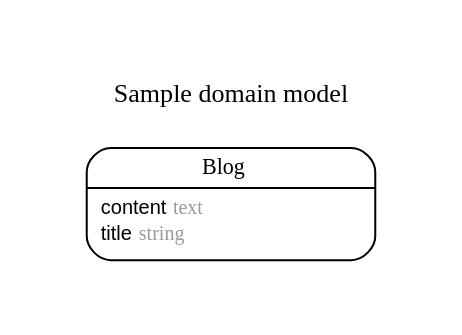
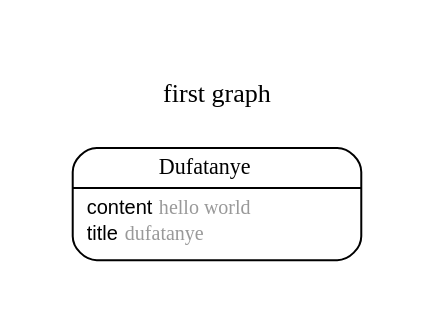
The diagram in erd.dot (dufatanye/angeduff), drawn with Graphviz before and after one commit. The commit also changed 7 other files, not shown here.

```diff
--- a/erd.dot
+++ b/erd.dot
@@ -1,25 +1,25 @@
 digraph Sample {
 rankdir = "LR";
 ranksep = "0.5";
 nodesep = "0.4";
 pad = "0.4,0.4";
 margin = "0,0";
 concentrate = "true";
 labelloc = "t";
 fontsize = "13";
 fontname = "Arial Bold";
 splines = "spline";
 node[ shape  =  "Mrecord" , fontsize  =  "10" , fontname  =  "Arial" , margin  =  "0.07,0.05" , penwidth  =  "1.0"];
 edge[ fontname  =  "Arial" , fontsize  =  "7" , dir  =  "both" , arrowsize  =  "0.9" , penwidth  =  "1.0" , labelangle  =  "32" , labeldistance  =  "1.8"];
 rankdir = "TB";
-label = "Sample domain model\n\n";
+label = "first graph\n\n";
 m_Blog [label = <{<table border="0" align="center" cellspacing="0.5" cellpadding="0" width="134">
-  <tr><td align="center" valign="bottom" width="130"><font face="Arial Bold" point-size="11">Blog</font></td></tr>
+  <tr><td align="center" valign="bottom" width="130"><font face="Arial Bold" point-size="11">Dufatanye</font></td></tr>
 </table>
 |
 <table border="0" align="left" cellspacing="2" cellpadding="0" width="134">
-  <tr><td align="left" width="130" port="content">content <font face="Arial Italic" color="grey60">text</font></td></tr>
-  <tr><td align="left" width="130" port="title">title <font face="Arial Italic" color="grey60">string</font></td></tr>
+  <tr><td align="left" width="130" port="content">content <font face="Arial Italic" color="grey60">hello world</font></td></tr>
+  <tr><td align="left" width="130" port="title">title <font face="Arial Italic" color="grey60">dufatanye</font></td></tr>
 </table>
 }>];
 }
```
